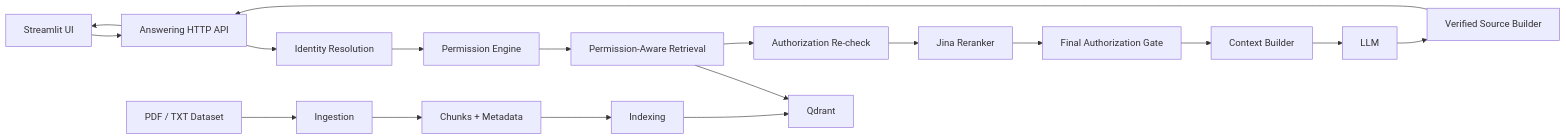
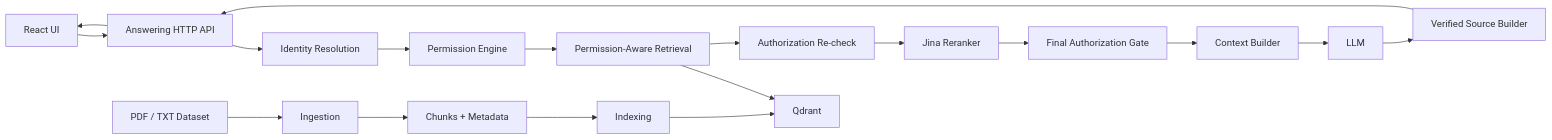
One commit to Nishantnsut27/PermissionAwareRAG changed the second of 2 diagrams in README.md. Above: the diagram before and after it, drawn with Mermaid. The commit also changed other lines of this file and 71 other files, not shown here.

````diff
--- a/README.md
+++ b/README.md
@@ -362,26 +362,26 @@
 ```mermaid
 flowchart LR
-    U["Streamlit UI"] --> API["Answering HTTP API"]
+    U["React UI"] --> API["Answering HTTP API"]
 
     API --> ID["Identity Resolution"]
     ID --> PE["Permission Engine"]
 
     PE --> RET["Permission-Aware Retrieval"]
     RET --> Q["Qdrant"]
 
     RET --> AUTH["Authorization Re-check"]
     AUTH --> RR["Jina Reranker"]
     RR --> GATE["Final Authorization Gate"]
 
     GATE --> CTX["Context Builder"]
     CTX --> LLM["LLM"]
 
     LLM --> SRC["Verified Source Builder"]
     SRC --> API
     API --> U
 
     DATA["PDF / TXT Dataset"] --> ING["Ingestion"]
     ING --> CH["Chunks + Metadata"]
     CH --> IDX["Indexing"]
     IDX --> Q
 ```
````
